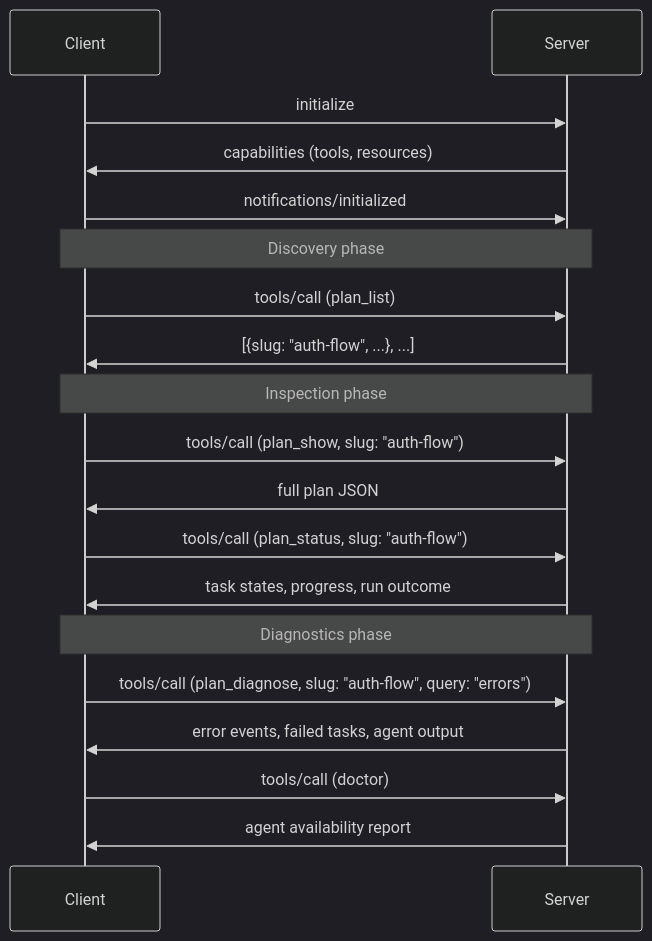
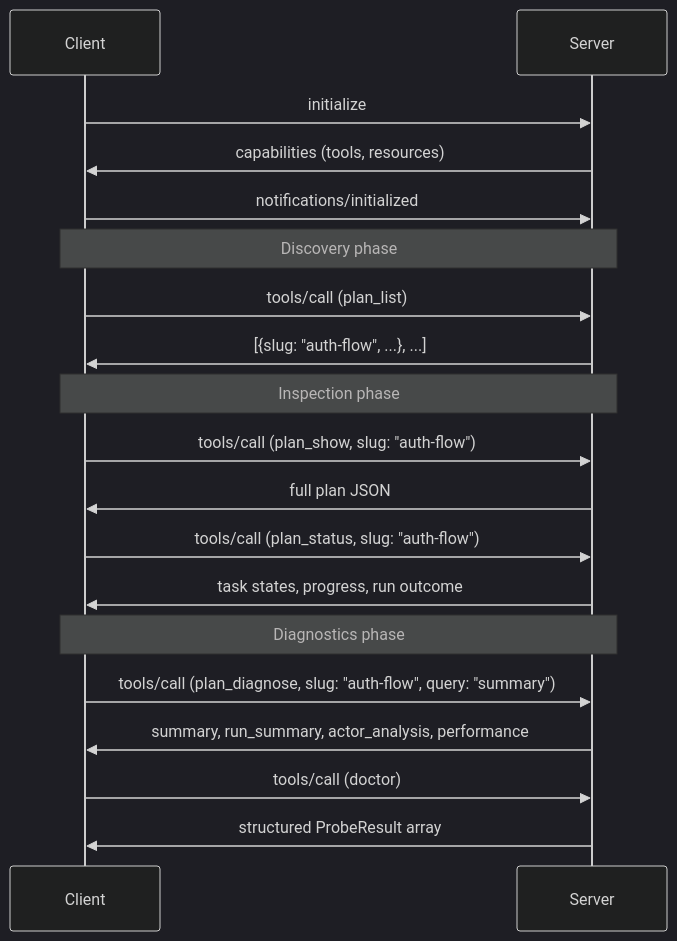
The third of 4 diagrams in docs/mcp.md (opus-domini/praetor), drawn with Mermaid before and after one commit. The commit also changed other lines of this file and 88 other files, not shown here.

````diff
--- a/docs/mcp.md
+++ b/docs/mcp.md
@@ -153,31 +163,31 @@
 ```mermaid
 ---
 config:
   theme: dark
 ---
 sequenceDiagram
     participant Client
     participant Server
 
     Client->>Server: initialize
     Server->>Client: capabilities (tools, resources)
     Client->>Server: notifications/initialized
 
     Note over Client, Server: Discovery phase
     Client->>Server: tools/call (plan_list)
     Server->>Client: [{slug: "auth-flow", ...}, ...]
 
     Note over Client, Server: Inspection phase
     Client->>Server: tools/call (plan_show, slug: "auth-flow")
     Server->>Client: full plan JSON
 
     Client->>Server: tools/call (plan_status, slug: "auth-flow")
     Server->>Client: task states, progress, run outcome
 
     Note over Client, Server: Diagnostics phase
-    Client->>Server: tools/call (plan_diagnose, slug: "auth-flow", query: "errors")
-    Server->>Client: error events, failed tasks, agent output
+    Client->>Server: tools/call (plan_diagnose, slug: "auth-flow", query: "summary")
+    Server->>Client: summary, run_summary, actor_analysis, performance
 
     Client->>Server: tools/call (doctor)
-    Server->>Client: agent availability report
+    Server->>Client: structured ProbeResult array
 ```
````
